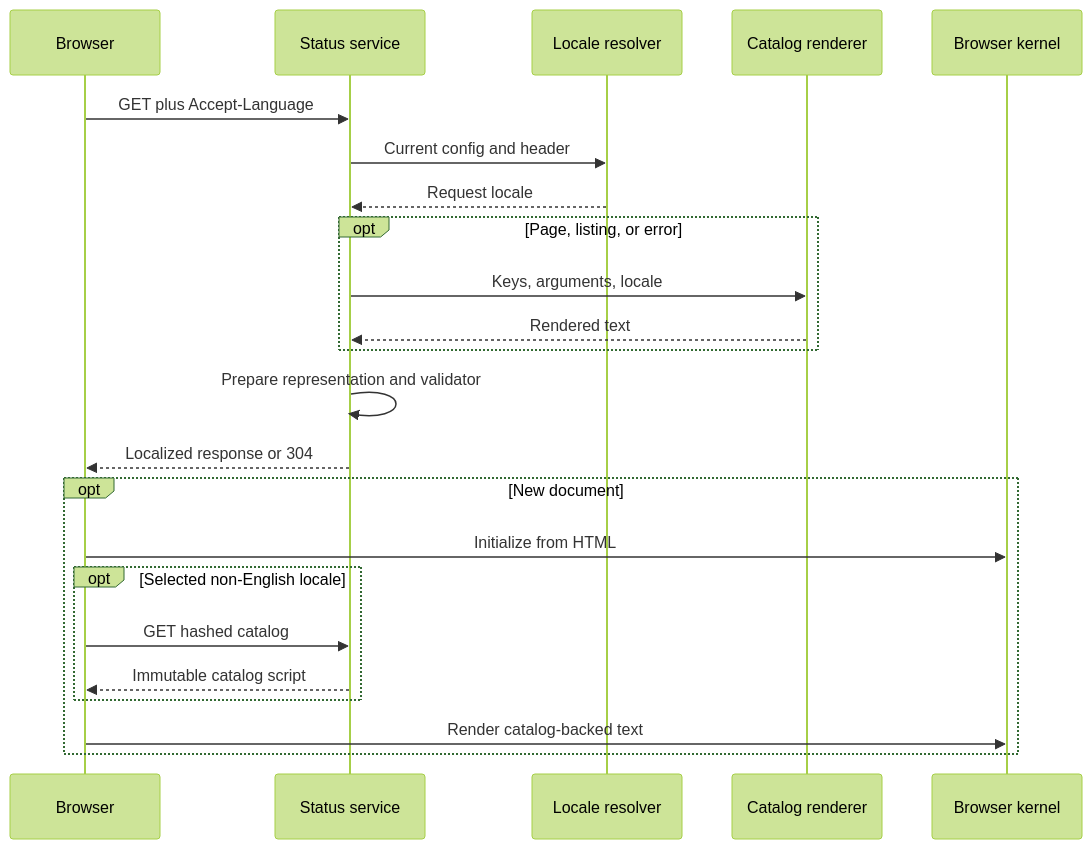
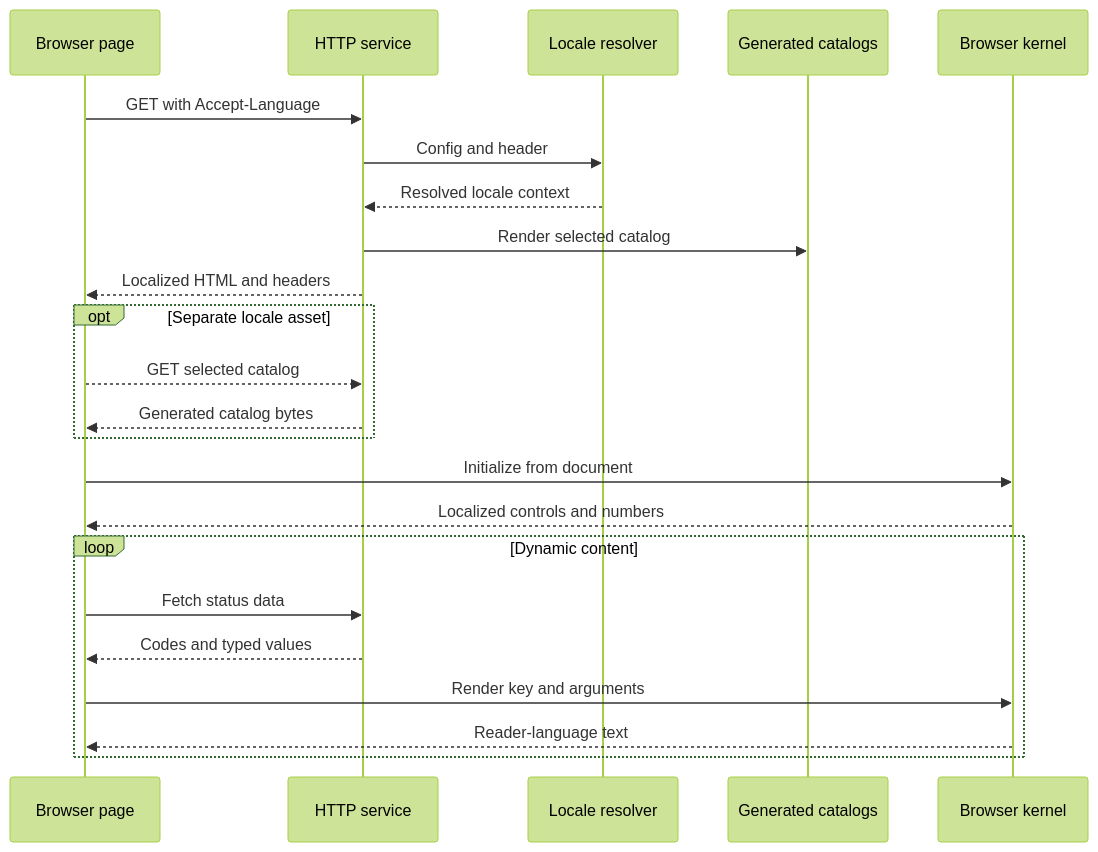
The third of 3 diagrams in docs/design/07-globalization.md (alissonsol/yuruna), drawn with Mermaid (forest theme) before and after one commit. The commit also changed other lines of this file and 1383 other files, not shown here.

````diff
--- a/docs/design/07-globalization.md
+++ b/docs/design/07-globalization.md
@@ -68,25 +103,26 @@
 ```mermaid
 sequenceDiagram
-    participant browser as Browser
-    participant start-status-service-ps1 as Status service
+    participant index-html as Browser page
+    participant start-statusservice-ps1 as HTTP service
     participant test-locale-psm1 as Locale resolver
-    participant test-catalog-psm1 as Catalog renderer
+    participant globalization-generated as Generated catalogs
     participant yuruna-i18n-js as Browser kernel
-    browser->>start-status-service-ps1: GET plus Accept-Language
-    start-status-service-ps1->>test-locale-psm1: Current config and header
-    test-locale-psm1-->>start-status-service-ps1: Request locale
-    opt Page, listing, or error
-        start-status-service-ps1->>test-catalog-psm1: Keys, arguments, locale
-        test-catalog-psm1-->>start-status-service-ps1: Rendered text
+    index-html->>start-statusservice-ps1: GET with Accept-Language
+    start-statusservice-ps1->>test-locale-psm1: Config and header
+    test-locale-psm1-->>start-statusservice-ps1: Resolved locale context
+    start-statusservice-ps1->>globalization-generated: Render selected catalog
+    start-statusservice-ps1-->>index-html: Localized HTML and headers
+    %% optional: non-default external catalog
+    opt Separate locale asset
+        index-html-->>start-statusservice-ps1: GET selected catalog
+        start-statusservice-ps1-->>index-html: Generated catalog bytes
     end
-    start-status-service-ps1->>start-status-service-ps1: Prepare representation and validator
-    start-status-service-ps1-->>browser: Localized response or 304
-    opt New document
-        browser->>yuruna-i18n-js: Initialize from HTML
-        opt Selected non-English locale
-            browser->>start-status-service-ps1: GET hashed catalog
-            start-status-service-ps1-->>browser: Immutable catalog script
-        end
-        browser->>yuruna-i18n-js: Render catalog-backed text
+    index-html->>yuruna-i18n-js: Initialize from document
+    yuruna-i18n-js-->>index-html: Localized controls and numbers
+    loop Dynamic content
+        index-html->>start-statusservice-ps1: Fetch status data
+        start-statusservice-ps1-->>index-html: Codes and typed values
+        index-html->>yuruna-i18n-js: Render key and arguments
+        yuruna-i18n-js-->>index-html: Reader-language text
     end
 ```
````
